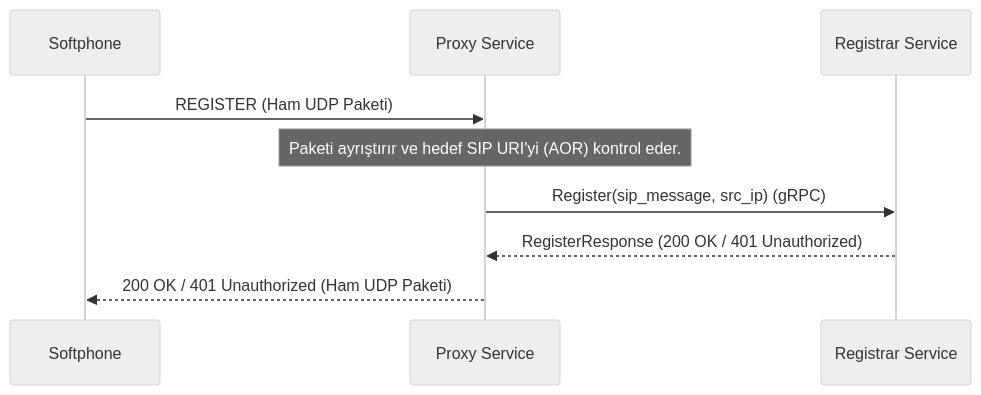
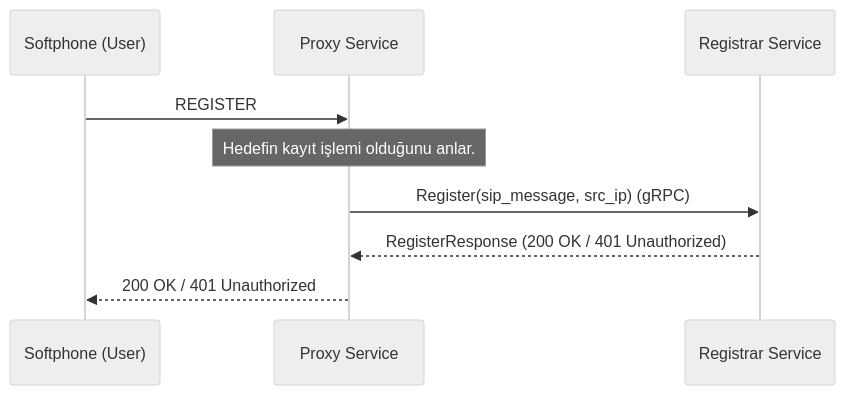
One commit to sentiric/sentiric-proxy-service changed the first of 2 diagrams in LOGIC.md. Above: the diagram before and after it, drawn with Mermaid (neutral theme). The commit also changed other lines of this file and 1 other file, not shown here.

````diff
--- a/LOGIC.md
+++ b/LOGIC.md
@@ -9,12 +9,12 @@
 ```mermaid
 sequenceDiagram
-    participant Softphone
+    participant User as Softphone (User)
     participant Proxy as Proxy Service
     participant Registrar as Registrar Service
 
-    Softphone->>Proxy: REGISTER (Ham UDP Paketi)
-    Note over Proxy: Paketi ayrıştırır ve hedef SIP URI'yi (AOR) kontrol eder.
+    User->>Proxy: REGISTER
+    Note over Proxy: Hedefin kayıt işlemi olduğunu anlar.
     Proxy->>Registrar: Register(sip_message, src_ip) (gRPC)
     Registrar-->>Proxy: RegisterResponse (200 OK / 401 Unauthorized)
-    Proxy-->>Softphone: 200 OK / 401 Unauthorized (Ham UDP Paketi)
+    Proxy-->>User: 200 OK / 401 Unauthorized
 ```
````
